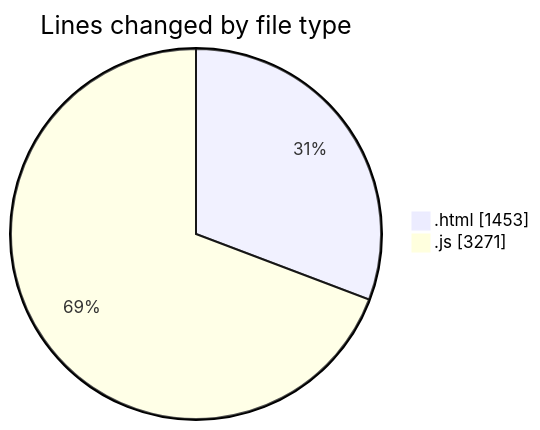
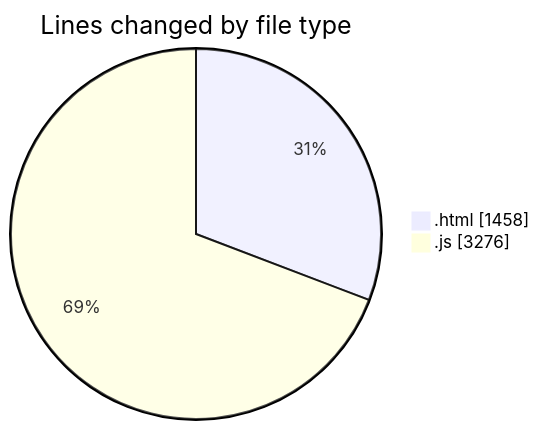
Before and after one commit to becaeroporto-bot/code-tracking: the first of 2 diagrams in 2026-02-19/bot_v1_2/README.md, drawn with Mermaid. The commit also changed other lines of this file and 1 other file, not shown here.

````diff
--- a/2026-02-19/bot_v1_2/README.md
+++ b/2026-02-19/bot_v1_2/README.md
@@ -28,6 +28,6 @@
 ```mermaid
 pie showData
 title Lines changed by file type
-".html" : 1453
-".js" : 3271
+".html" : 1458
+".js" : 3276
 ```
````
